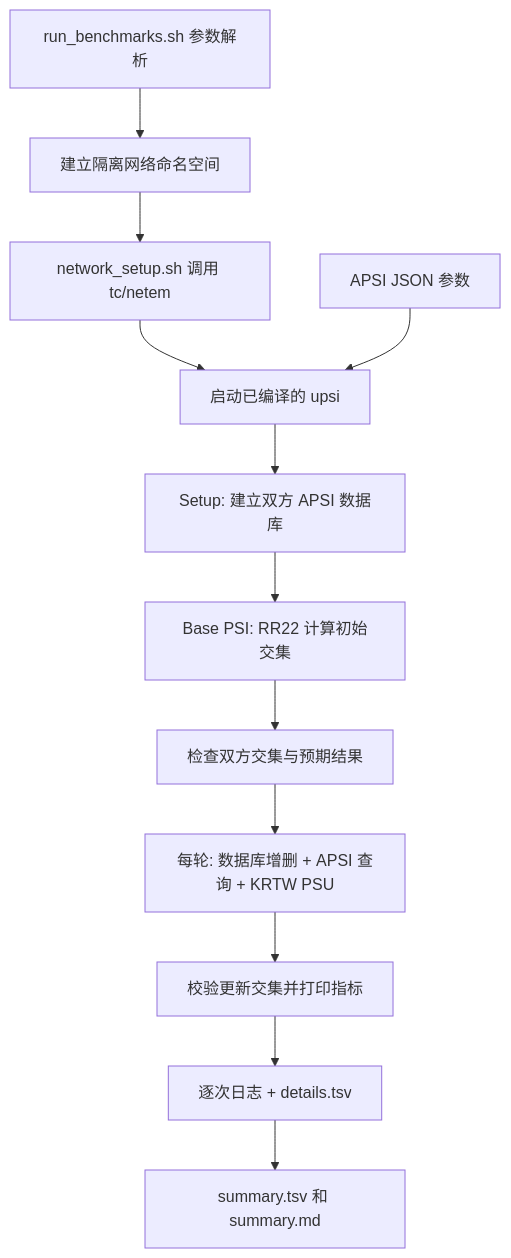
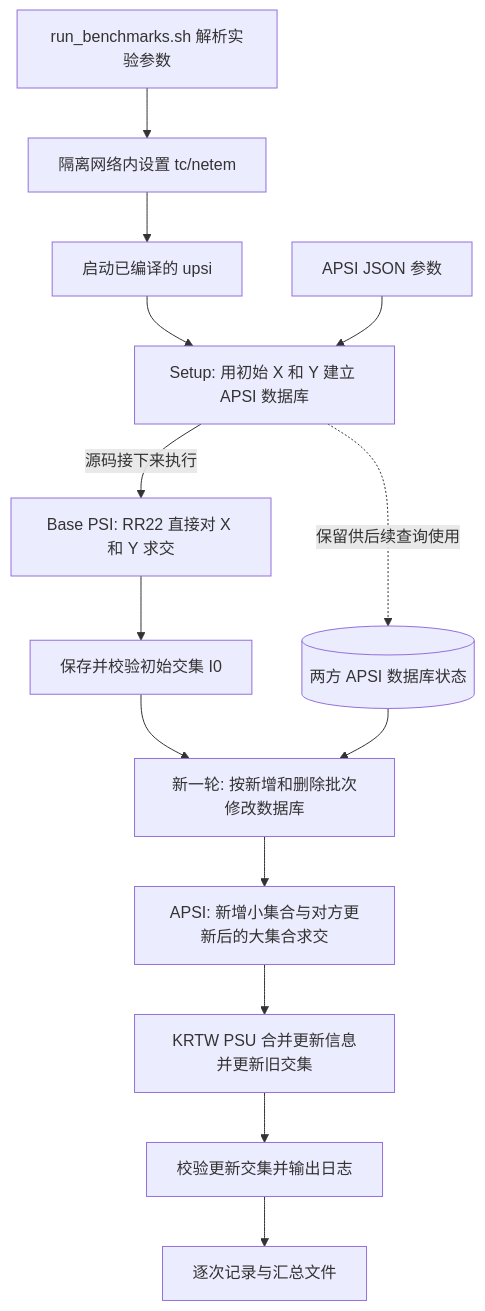
The diagram in content/post/upsi-reproduction-wsl2.zh.md (METEOR6699/METEOR6699.github.io), drawn with Mermaid before and after one commit. The commit also changed other lines of this file, not shown here.

Commit message:
Clarify UPSI initialization and explain Bazel and YACL

```diff
--- a/content/post/upsi-reproduction-wsl2.zh.md
+++ b/content/post/upsi-reproduction-wsl2.zh.md
@@ -125,14 +162,16 @@
 {{< mermaid >}}
 flowchart TD
-    A[run_benchmarks.sh 参数解析] --> B[建立隔离网络命名空间]
-    B --> C[network_setup.sh 调用 tc/netem]
-    C --> D[启动已编译的 upsi]
-    J[APSI JSON 参数] --> D
-    D --> E[Setup: 建立双方 APSI 数据库]
-    E --> F[Base PSI: RR22 计算初始交集]
-    F --> G[检查双方交集与预期结果]
-    G --> H[每轮: 数据库增删 + APSI 查询 + KRTW PSU]
-    H --> I[校验更新交集并打印指标]
-    I --> K[逐次日志 + details.tsv]
-    K --> L[summary.tsv 和 summary.md]
+    A[run_benchmarks.sh 解析实验参数] --> B[隔离网络内设置 tc/netem]
+    B --> D[启动已编译的 upsi]
+    D --> E[Setup: 用初始 X 和 Y 建立 APSI 数据库]
+    J[APSI JSON 参数] --> E
+    E -->|源码接下来执行| F[Base PSI: RR22 直接对 X 和 Y 求交]
+    F --> G[保存并校验初始交集 I0]
+    E -. 保留供后续查询使用 .-> S[(两方 APSI 数据库状态)]
+    G --> H[新一轮: 按新增和删除批次修改数据库]
+    S --> H
+    H --> Q[APSI: 新增小集合与对方更新后的大集合求交]
+    Q --> P[KRTW PSU 合并更新信息并更新旧交集]
+    P --> I[校验更新交集并输出日志]
+    I --> K[逐次记录与汇总文件]
 {{< /mermaid >}}
```
